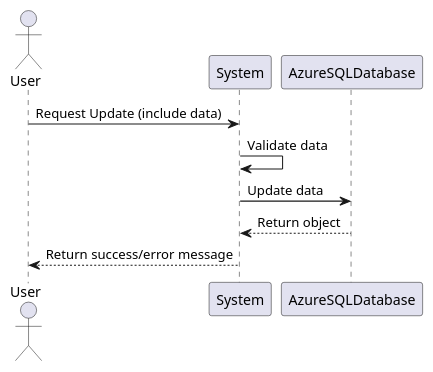
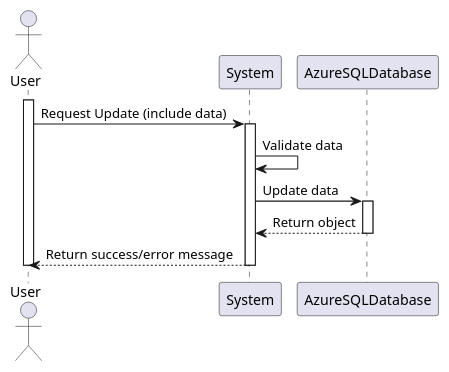
One commit to 1221124/sem5pi-24-25-g031 changed the diagram in docs/SprintB/SoftwareArchitecture/ComponentDiagrams/Level1/ProcessView/Update/SSD-Update.puml. Above: the diagram before and after it, drawn with PlantUML. The commit also changed 2 other files, not shown here.

Commit message:
#2 Architecture Artifacts Level 1 Update
Level 1 Process View SSD Update

```diff
--- a/docs/SprintB/SoftwareArchitecture/ComponentDiagrams/Level1/ProcessView/Update/SSD-Update.puml
+++ b/docs/SprintB/SoftwareArchitecture/ComponentDiagrams/Level1/ProcessView/Update/SSD-Update.puml
@@ -1,13 +1,22 @@
 @startuml SSD-Update
 
 actor User
 participant System
 participant AzureSQLDatabase
 
-User -> System : Request Update (include data)
-System -> System : Validate data
-System -> AzureSQLDatabase : Update data
-AzureSQLDatabase --> System : Return object
-System --> User : Return success/error message
-
+activate User
+    User -> System : Request Update (include data)
+    activate System
+        
+        System -> System : Validate data
+        
+        System -> AzureSQLDatabase : Update data
+        activate AzureSQLDatabase
+            
+            AzureSQLDatabase --> System : Return object
+        deactivate AzureSQLDatabase
+        
+        System --> User : Return success/error message    
+    deactivate System
+deactivate User
 @enduml
```
